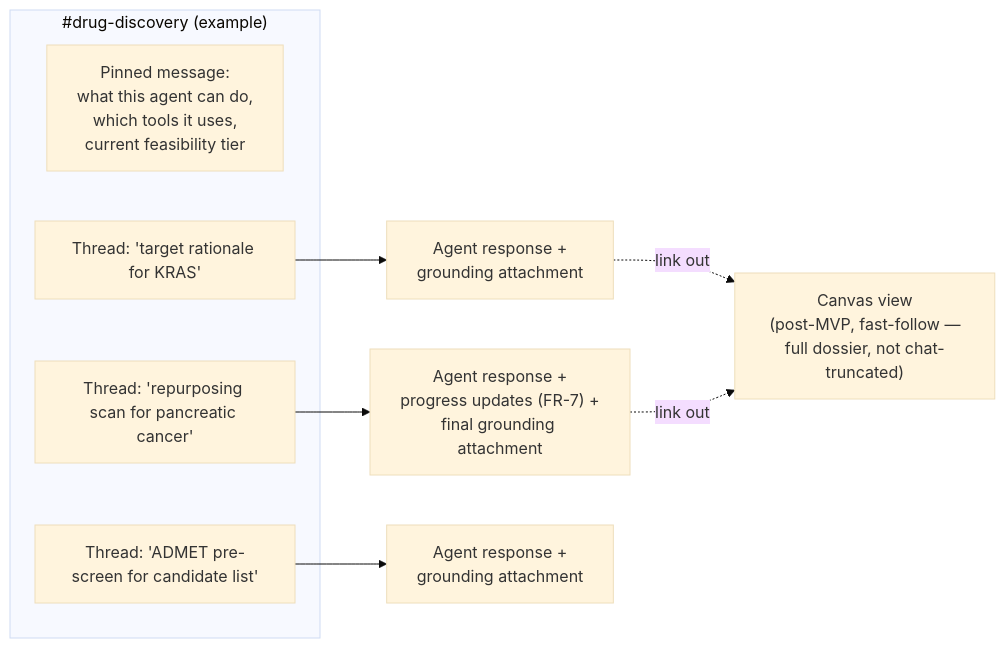
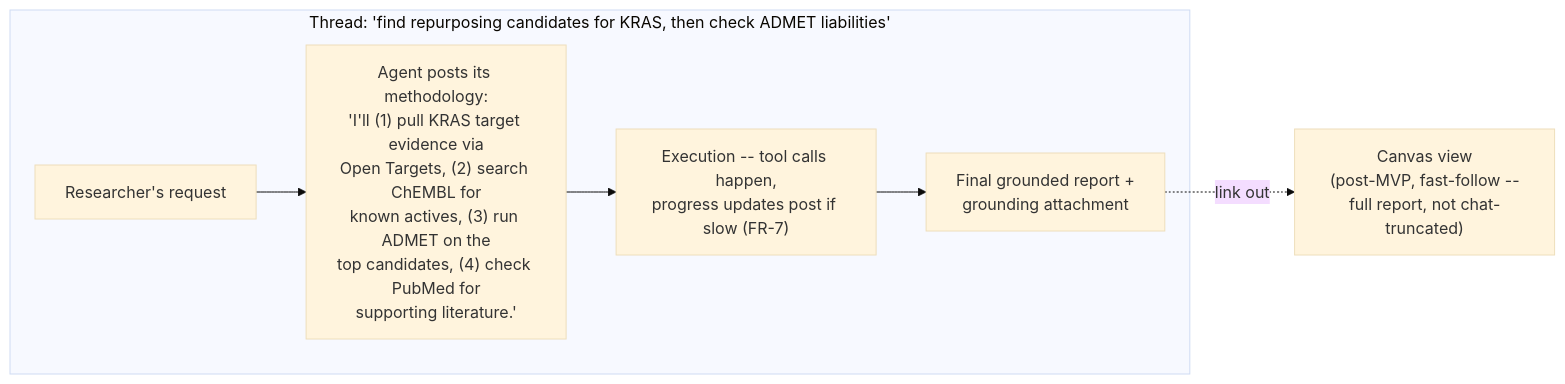
Before and after one commit to RohanV01/AI-BioScientist: the second of 2 diagrams in docs/04-information-architecture.md, drawn with Mermaid (base theme). The commit also changed other lines of this file and 126 other files, not shown here.

````diff
--- a/docs/04-information-architecture.md
+++ b/docs/04-information-architecture.md
@@ -56,16 +51,12 @@
 ```mermaid
 graph LR
-    subgraph Channel["#drug-discovery (example)"]
-        Pin["Pinned message:<br/>what this agent can do,<br/>which tools it uses,<br/>current feasibility tier"]
-        T1["Thread: 'target rationale for KRAS'"]
-        T2["Thread: 'repurposing scan for pancreatic cancer'"]
-        T3["Thread: 'ADMET pre-screen for candidate list'"]
+    subgraph Thread["Thread: 'find repurposing candidates for KRAS, then check ADMET liabilities'"]
+        Req["Researcher's request"]
+        Plan["Agent posts its methodology:<br/>'I'll (1) pull KRAS target evidence via<br/>Open Targets, (2) search ChEMBL for<br/>known actives, (3) run ADMET on the<br/>top candidates, (4) check PubMed for<br/>supporting literature.'"]
+        Exec["Execution -- tool calls happen,<br/>progress updates post if slow (FR-7)"]
+        Report["Final grounded report +<br/>grounding attachment"]
     end
 
-    T1 --> R1["Agent response +<br/>grounding attachment"]
-    T2 --> R2["Agent response +<br/>progress updates (FR-7) +<br/>final grounding attachment"]
-    T3 --> R3["Agent response +<br/>grounding attachment"]
-
-    R1 -.->|"link out"| Canvas["Canvas view<br/>(post-MVP, fast-follow —<br/>full dossier, not chat-truncated)"]
-    R2 -.->|"link out"| Canvas
+    Req --> Plan --> Exec --> Report
+    Report -.->|"link out"| Canvas["Canvas view<br/>(post-MVP, fast-follow --<br/>full report, not chat-truncated)"]
 ```
````
